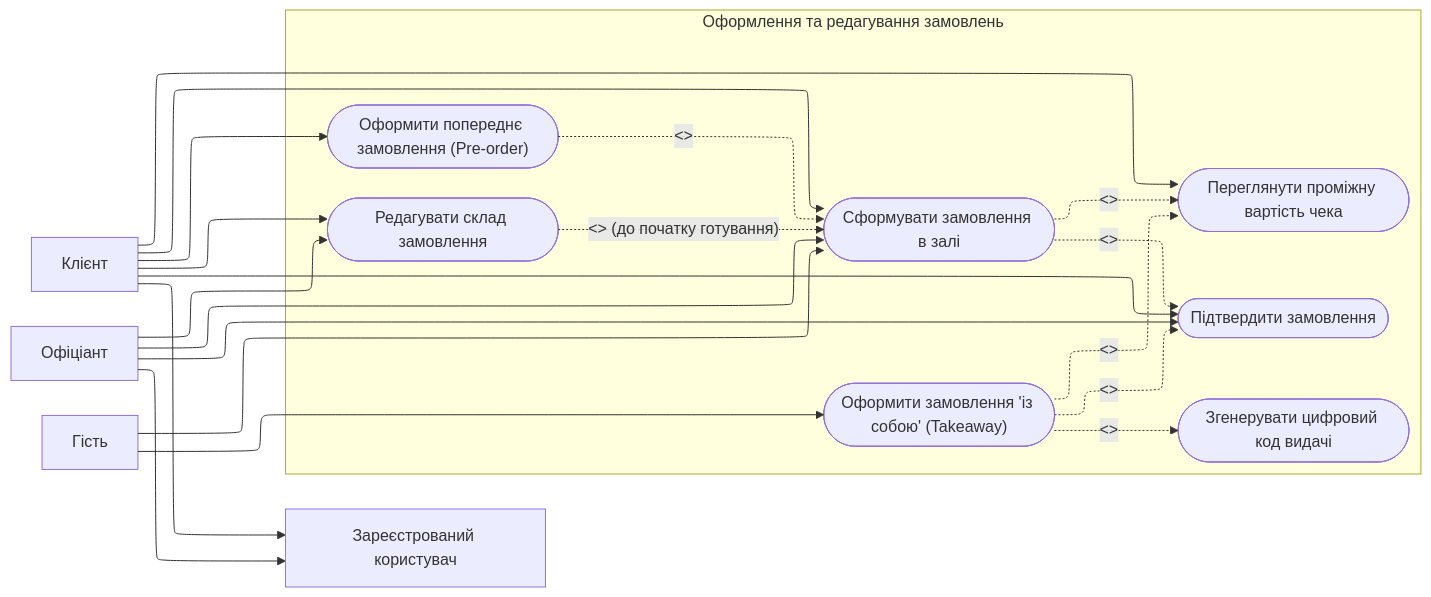
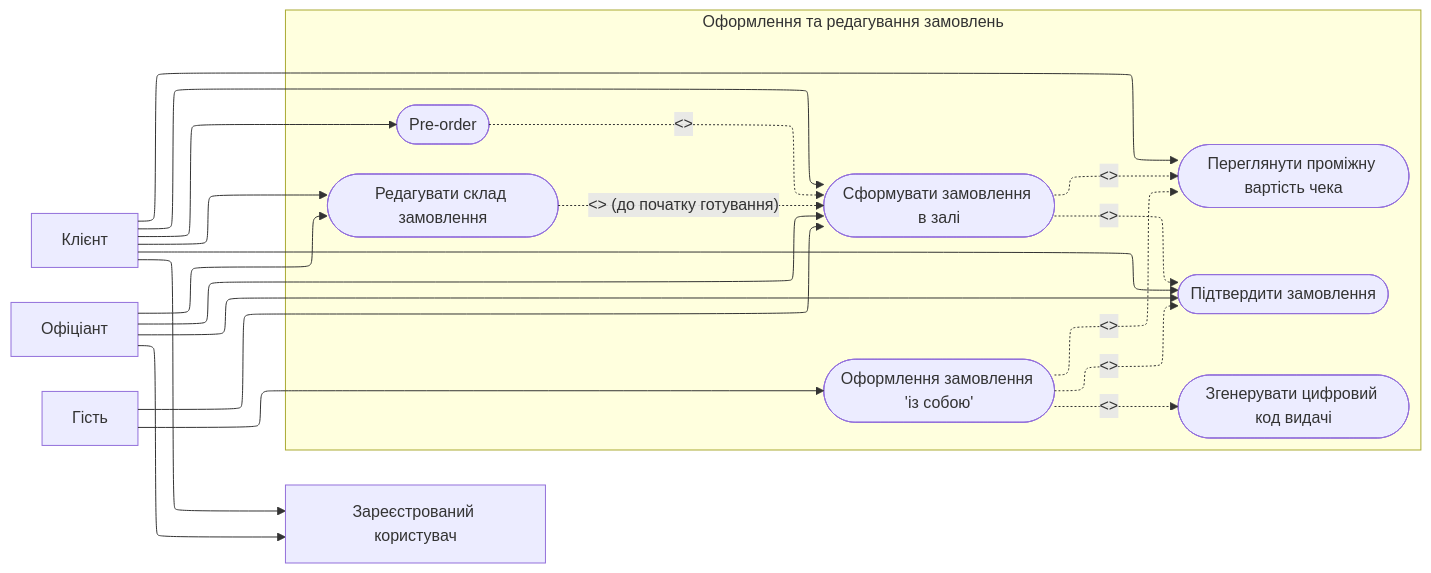
One commit to cyjiky/TableFlow changed the diagram in Labs/Lab2/models/orders_operations.mmd. Above: the diagram before and after it, drawn with Mermaid. The commit also changed 7 other files, not shown here.

```diff
--- a/Labs/Lab2/models/orders_operations.mmd
+++ b/Labs/Lab2/models/orders_operations.mmd
@@ -1,53 +1,51 @@
 ---
 config:
     layout: elk
 ---
 flowchart LR
     %% Актори
     User["Зареєстрований користувач"]
     Client["Клієнт"]
     Waiter["Офіціант"]
     Guest["Гість"]
 
     %% Узагальнення акторів
     Client --> User
     Waiter --> User
 
     subgraph System ["Оформлення та редагування замовлень"]
-      UC1(["Сформувати замовлення в залі"])
-      UC2(["Переглянути проміжну вартість чека"])
-      UC3(["Редагувати склад замовлення"])
-      UC4(["Pre-order"])
-      UC5(["Оформлення замовлення 'із собою'"])
-      UC4(["Оформити попереднє замовлення (Pre-order)"])
-      UC5(["Оформити замовлення 'із собою' (Takeaway)"])
-      UC6(["Підтвердити замовлення"])
-      UC7(["Згенерувати цифровий код видачі"])
+      UC2_1(["Сформувати замовлення в залі"])
+      UC2_2(["Переглянути проміжну вартість чека"])
+      UC2_3(["Редагувати склад замовлення"])
+      UC2_4(["Pre-order"])
+      UC2_5(["Оформлення замовлення 'із собою'"])
+      UC2_6(["Підтвердити замовлення"])
+      UC2_7(["Згенерувати цифровий код видачі"])
     end
 
     %% Зв'язки акторів з прецедентами
-    Client --> UC1
-    Client --> UC2
-    Client --> UC3
-    Client --> UC4
-    Client --> UC6
+    Client --> UC2_1
+    Client --> UC2_2
+    Client --> UC2_3
+    Client --> UC2_4
+    Client --> UC2_6
 
-    Waiter --> UC1
-    Waiter --> UC3
-    Waiter --> UC6
+    Waiter --> UC2_1
+    Waiter --> UC2_3
+    Waiter --> UC2_6
     
-    Guest --> UC1
+    Guest --> UC2_1
 
-    Guest --> UC5
+    Guest --> UC2_5
 
     %% Include зв'язки
-    UC1 -.->|"<<include>>"| UC2
-    UC1 -.->|"<<include>>"| UC6
+    UC2_1 -.->|"<<include>>"| UC2_2
+    UC2_1 -.->|"<<include>>"| UC2_6
 
-    UC5 -.->|"<<include>>"| UC2
-    UC5 -.->|"<<include>>"| UC6
-    UC5 -.->|"<<include>>"| UC7
+    UC2_5 -.->|"<<include>>"| UC2_2
+    UC2_5 -.->|"<<include>>"| UC2_6
+    UC2_5 -.->|"<<include>>"| UC2_7
 
     %% Extend зв'язки
-    UC4 -.->|"<<extend>>"| UC1
-    UC3 -.->|"<<extend>> (до початку готування)"| UC1
+    UC2_4 -.->|"<<extend>>"| UC2_1
+    UC2_3 -.->|"<<extend>> (до початку готування)"| UC2_1
```
